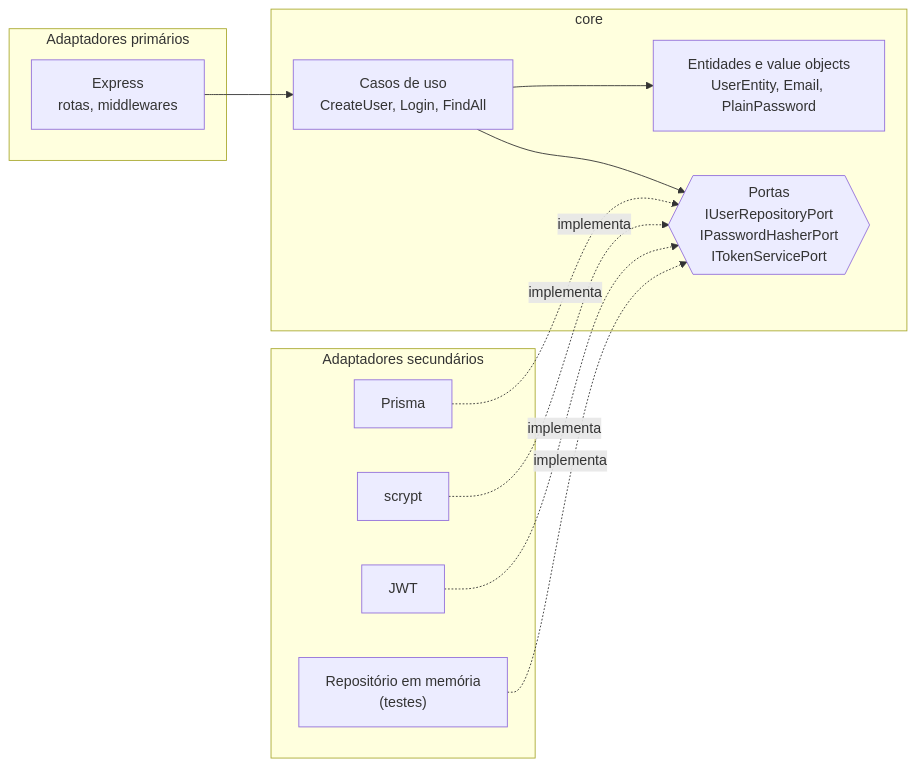
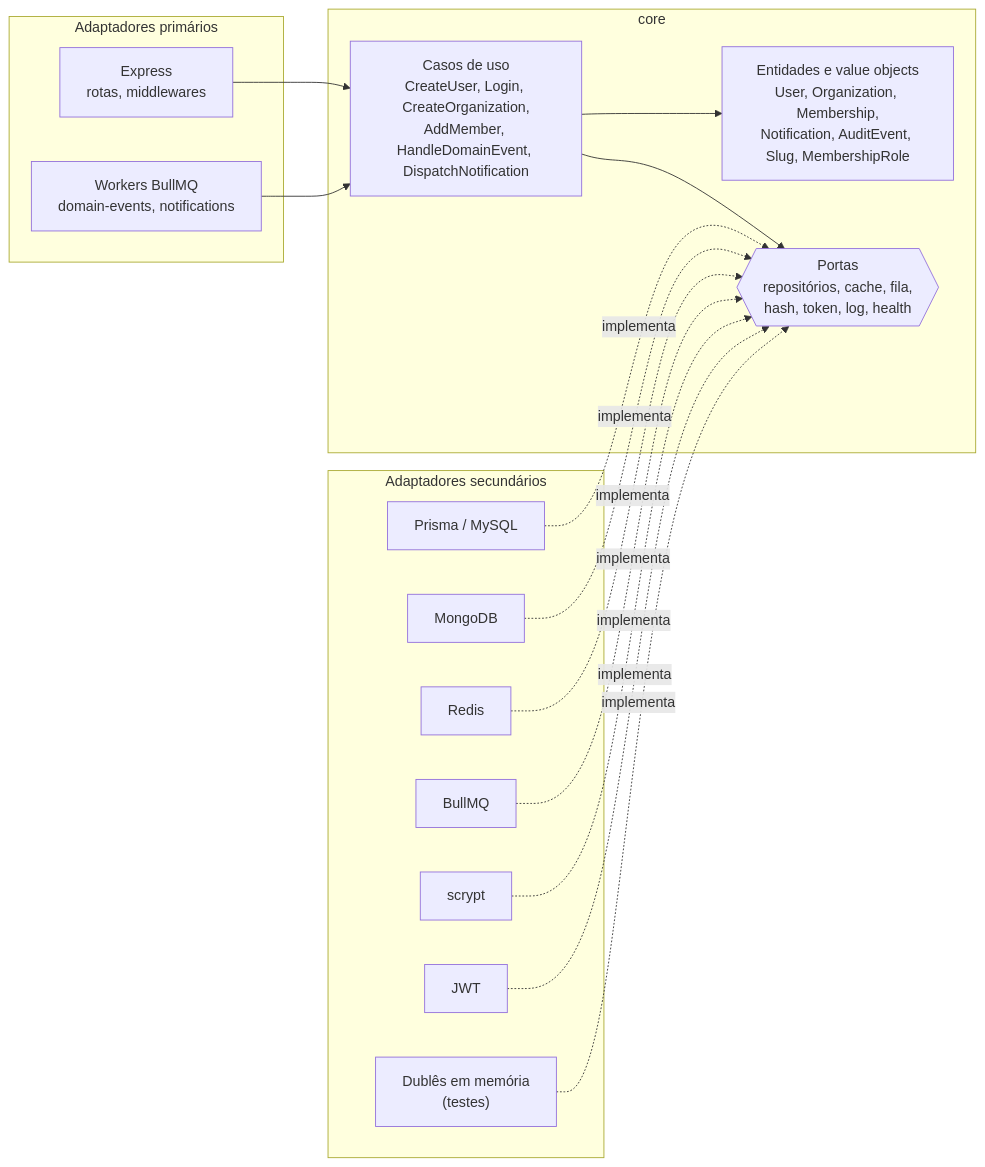
One commit to Esdrasmelo/typescript-hexagonal-architecture changed the first of 2 diagrams in README.md. Above: the diagram before and after it, drawn with Mermaid. The commit also changed other lines of this file, not shown here.

````diff
--- a/README.md
+++ b/README.md
@@ -9,27 +18,35 @@
 ```mermaid
 flowchart LR
   subgraph primarios[Adaptadores primários]
     express["Express<br/>rotas, middlewares"]
+    worker["Workers BullMQ<br/>domain-events, notifications"]
   end
 
   subgraph nucleo[core]
-    casos["Casos de uso<br/>CreateUser, Login, FindAll"]
-    dominio["Entidades e value objects<br/>UserEntity, Email, PlainPassword"]
-    portas{{"Portas<br/>IUserRepositoryPort<br/>IPasswordHasherPort<br/>ITokenServicePort"}}
+    casos["Casos de uso<br/>CreateUser, Login, CreateOrganization,<br/>AddMember, HandleDomainEvent, DispatchNotification"]
+    dominio["Entidades e value objects<br/>User, Organization, Membership,<br/>Notification, AuditEvent, Slug, MembershipRole"]
+    portas{{"Portas<br/>repositórios, cache, fila,<br/>hash, token, log, health"}}
   end
 
   subgraph secundarios[Adaptadores secundários]
-    prisma["Prisma"]
+    prisma["Prisma / MySQL"]
+    mongo["MongoDB"]
+    redis["Redis"]
+    bull["BullMQ"]
     scrypt["scrypt"]
     jwt["JWT"]
-    memoria["Repositório em memória<br/>(testes)"]
+    memoria["Dublês em memória<br/>(testes)"]
   end
 
   express --> casos
+  worker --> casos
   casos --> dominio
   casos --> portas
   prisma -. implementa .-> portas
+  mongo -. implementa .-> portas
+  redis -. implementa .-> portas
+  bull -. implementa .-> portas
   scrypt -. implementa .-> portas
   jwt -. implementa .-> portas
   memoria -. implementa .-> portas
 ```
````
